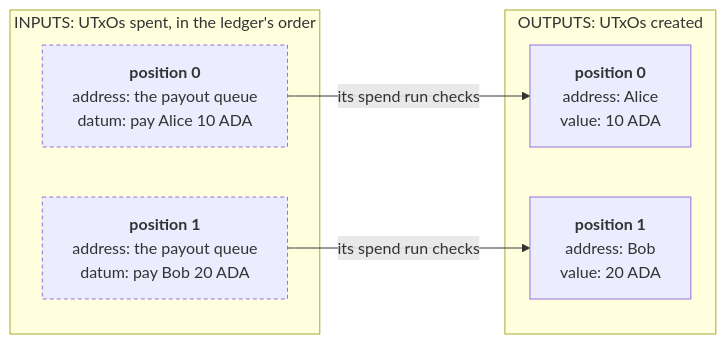
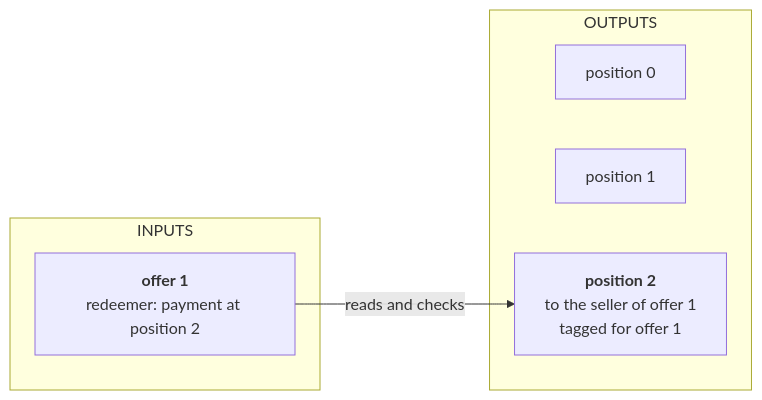
Before and after one commit to cardano-foundation/developer-portal: the third of 3 diagrams in docs/developers/onboarding/lectures/advanced/2-optimization.md, drawn with Mermaid. The commit also changed other lines of this file and 2 other files, not shown here.

````diff
--- a/docs/developers/onboarding/lectures/advanced/2-optimization.md
+++ b/docs/developers/onboarding/lectures/advanced/2-optimization.md
@@ -158,26 +139,15 @@
 ```mermaid
 flowchart LR
-    subgraph IN["INPUTS: UTxOs spent, in the ledger's order"]
-        I0["`**position 0**
-        address: the payout queue
-        datum: pay Alice 10 ADA`"]
-        I1["`**position 1**
-        address: the payout queue
-        datum: pay Bob 20 ADA`"]
+    subgraph IN["INPUTS"]
+        I1["`**offer 1**
+        redeemer: payment at position 2`"]
     end
-
-    subgraph OUT["OUTPUTS: UTxOs created"]
-        O0["`**position 0**
-        address: Alice
-        value: 10 ADA`"]
-        O1["`**position 1**
-        address: Bob
-        value: 20 ADA`"]
+    subgraph OUT["OUTPUTS"]
+        O0["position 0"]
+        O1["position 1"]
+        O2["`**position 2**
+        to the seller of offer 1
+        tagged for offer 1`"]
     end
-
-    I0 -->|"its spend run checks"| O0
-    I1 -->|"its spend run checks"| O1
-
-    style I0 stroke-dasharray:4 3
-    style I1 stroke-dasharray:4 3
+    I1 -->|"reads and checks"| O2
 ```
````
